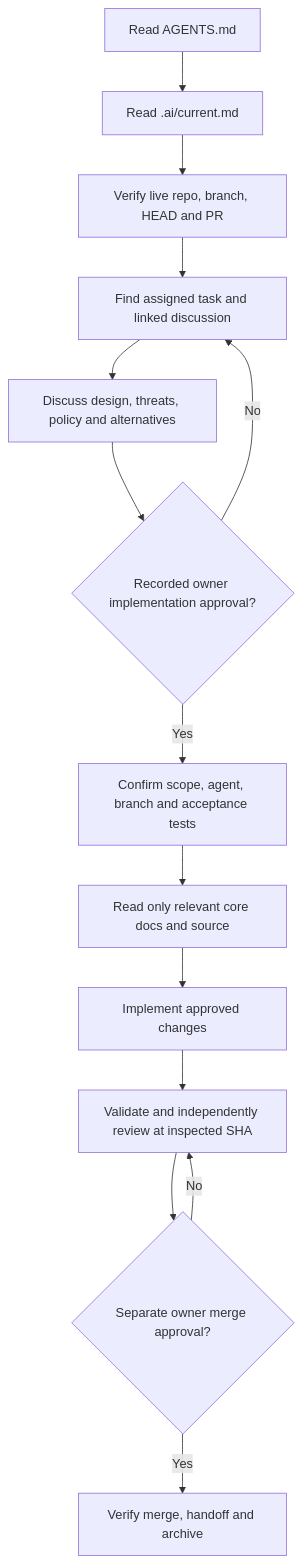
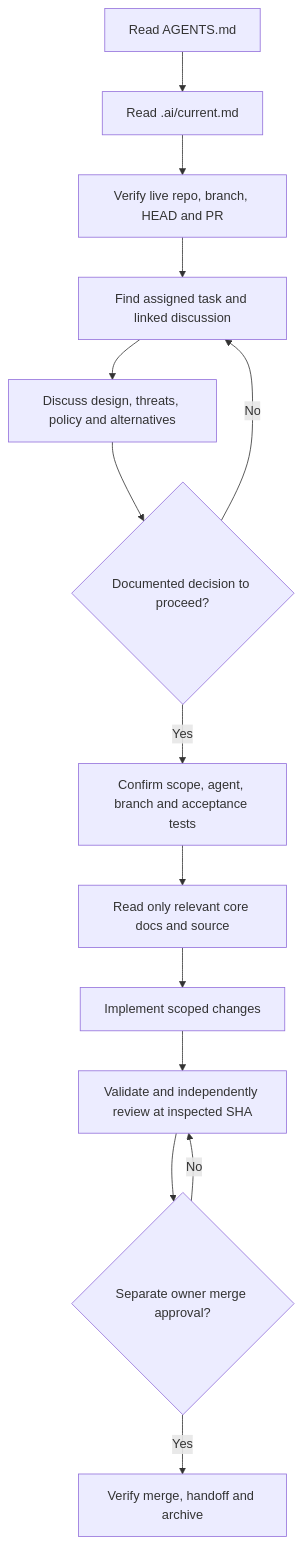
One commit to im-tnyx/Tio-Money changed the diagram in AGENTS.md. Above: the diagram before and after it, drawn with Mermaid. The commit also changed other lines of this file and 6 other files, not shown here.

Commit message:
docs: make implementation signoff optional and owner merge approval mandatory

````diff
--- a/AGENTS.md
+++ b/AGENTS.md
@@ -17,16 +17,16 @@
 ```mermaid
 flowchart TD
     A["Read AGENTS.md"] --> B["Read .ai/current.md"]
     B --> C["Verify live repo, branch, HEAD and PR"]
     C --> D["Find assigned task and linked discussion"]
     D --> E["Discuss design, threats, policy and alternatives"]
-    E --> F{"Recorded owner implementation approval?"}
+    E --> F{"Documented decision to proceed?"}
     F -->|No| D
     F -->|Yes| G["Confirm scope, agent, branch and acceptance tests"]
     G --> H["Read only relevant core docs and source"]
-    H --> I["Implement approved changes"]
+    H --> I["Implement scoped changes"]
     I --> J["Validate and independently review at inspected SHA"]
     J --> K{"Separate owner merge approval?"}
     K -->|No| J
     K -->|Yes| L["Verify merge, handoff and archive"]
 ```
````
